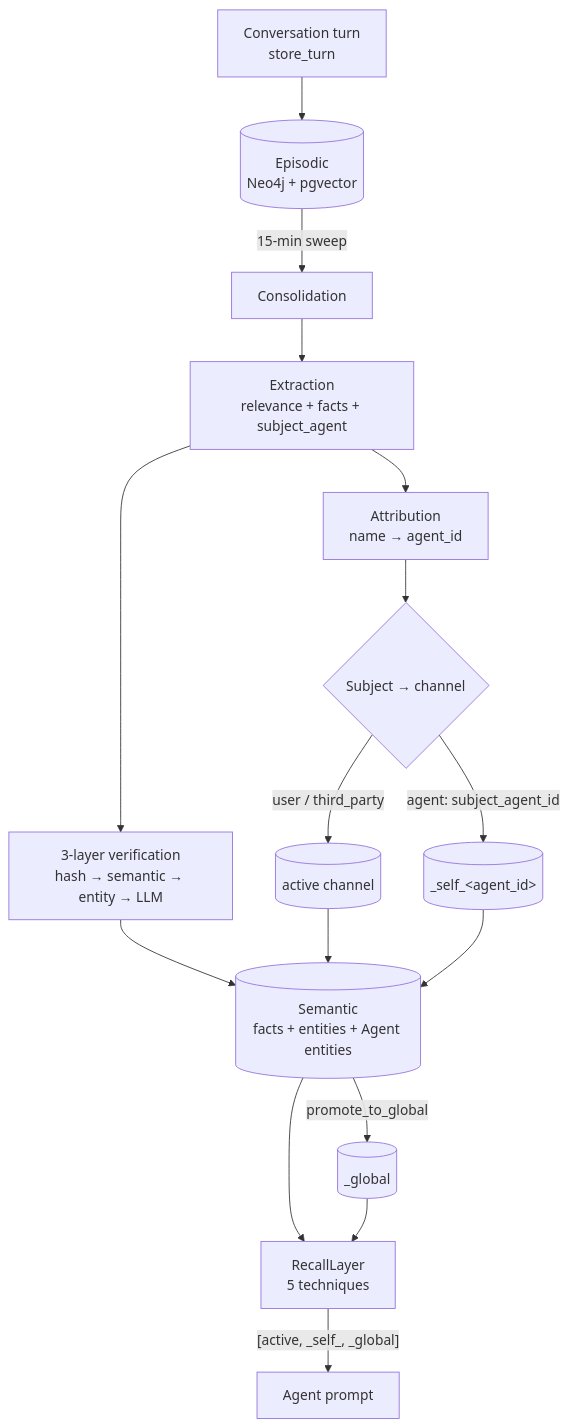
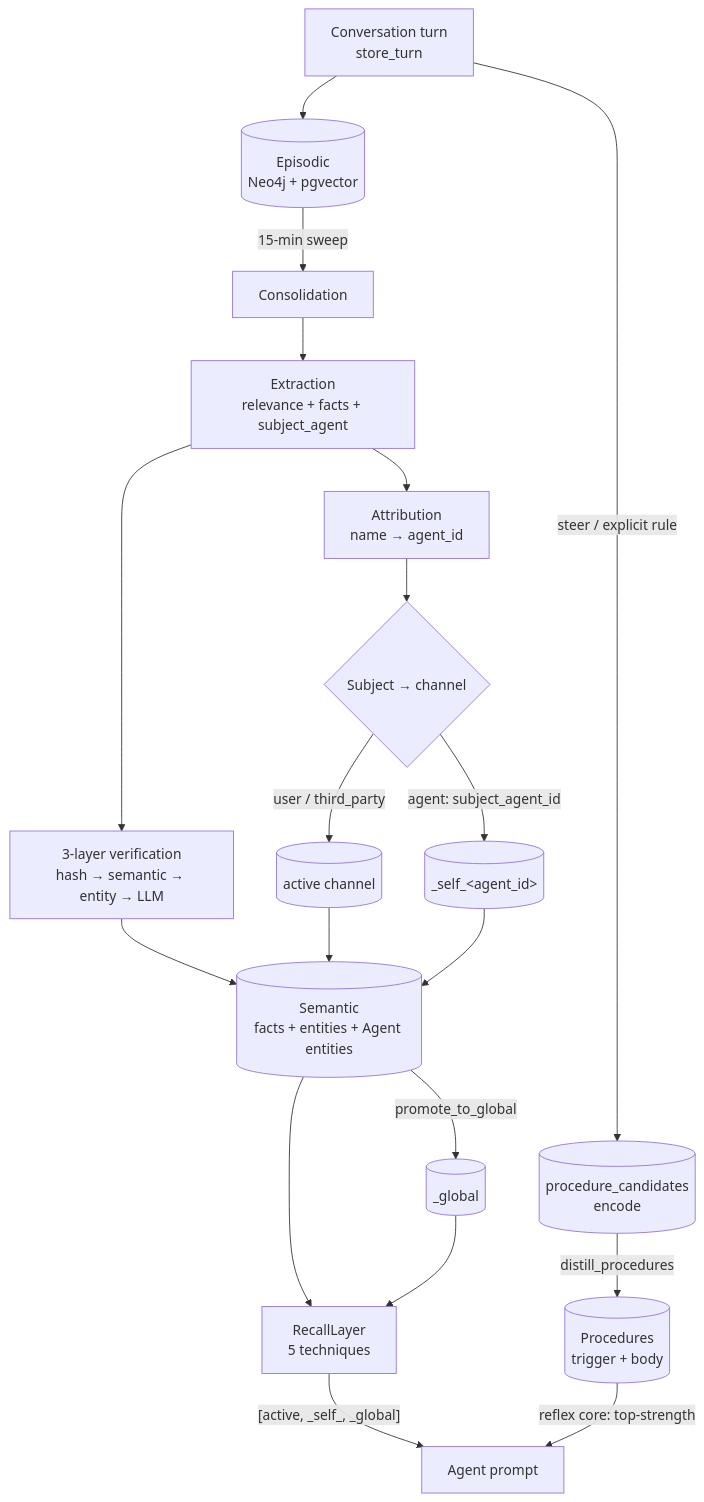
One commit to QR-Madness/agentx changed the diagram in docs-site/src/content/docs/architecture/memory-capabilities.md. Above: the diagram before and after it, drawn with Mermaid. The commit also changed other lines of this file and 31 other files, not shown here.

````diff
--- a/docs-site/src/content/docs/architecture/memory-capabilities.md
+++ b/docs-site/src/content/docs/architecture/memory-capabilities.md
@@ -40,18 +42,21 @@
 ```mermaid
 graph TD
     T[Conversation turn<br/>store_turn] --> EP[(Episodic<br/>Neo4j + pgvector)]
     EP -->|15-min sweep| CON[Consolidation]
     CON --> EX[Extraction<br/>relevance + facts + subject_agent]
     EX --> ATTR[Attribution<br/>name → agent_id]
     ATTR --> ROUTE{Subject → channel}
     ROUTE -->|user / third_party| ACT[(active channel)]
     ROUTE -->|agent: subject_agent_id| SELF[(_self_&lt;agent_id&gt;)]
     EX --> VER[3-layer verification<br/>hash → semantic → entity → LLM]
     VER --> SEM[(Semantic<br/>facts + entities + Agent entities)]
     ACT --> SEM
     SELF --> SEM
     SEM -->|promote_to_global| GLOB[(_global)]
     SEM --> RECALL[RecallLayer<br/>5 techniques]
     GLOB --> RECALL
     RECALL -->|"[active, _self_, _global]"| AGENT[Agent prompt]
+    T -->|steer / explicit rule| PC[(procedure_candidates<br/>encode)]
+    PC -->|distill_procedures| PROC[(Procedures<br/>trigger + body)]
+    PROC -->|reflex core: top-strength| AGENT
 ```
````
